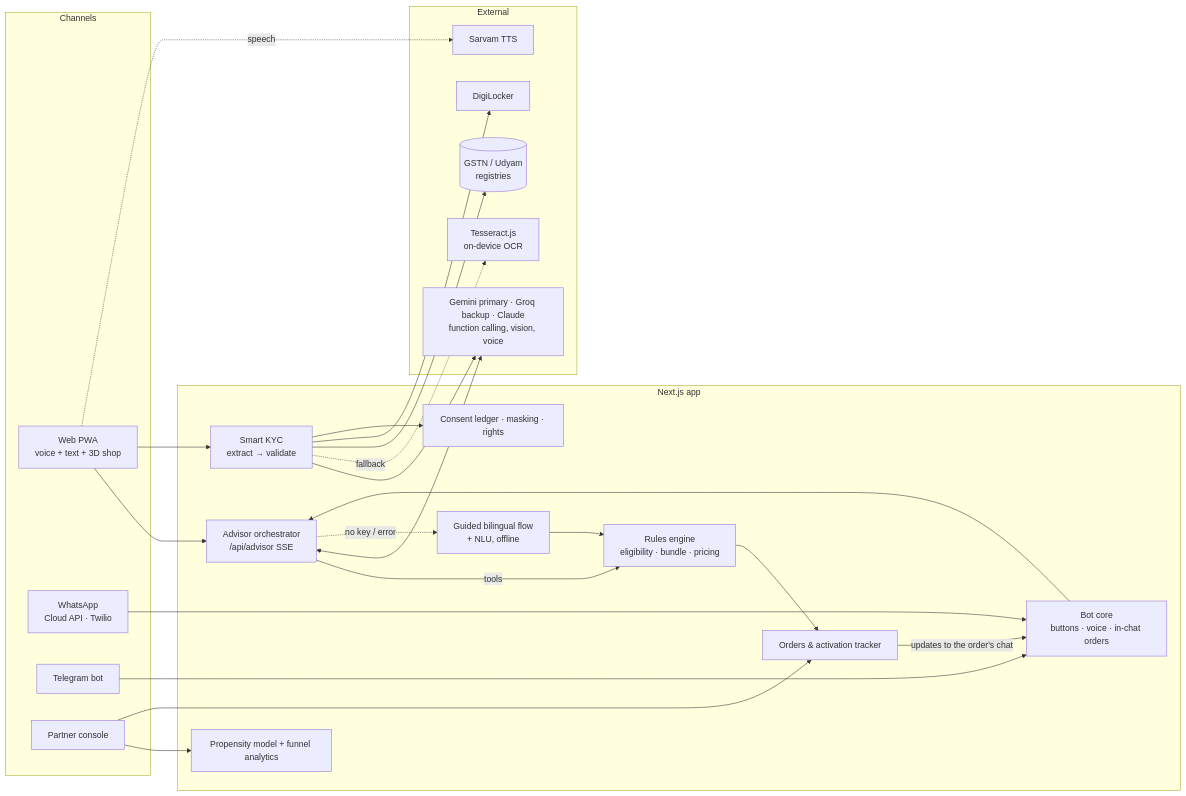
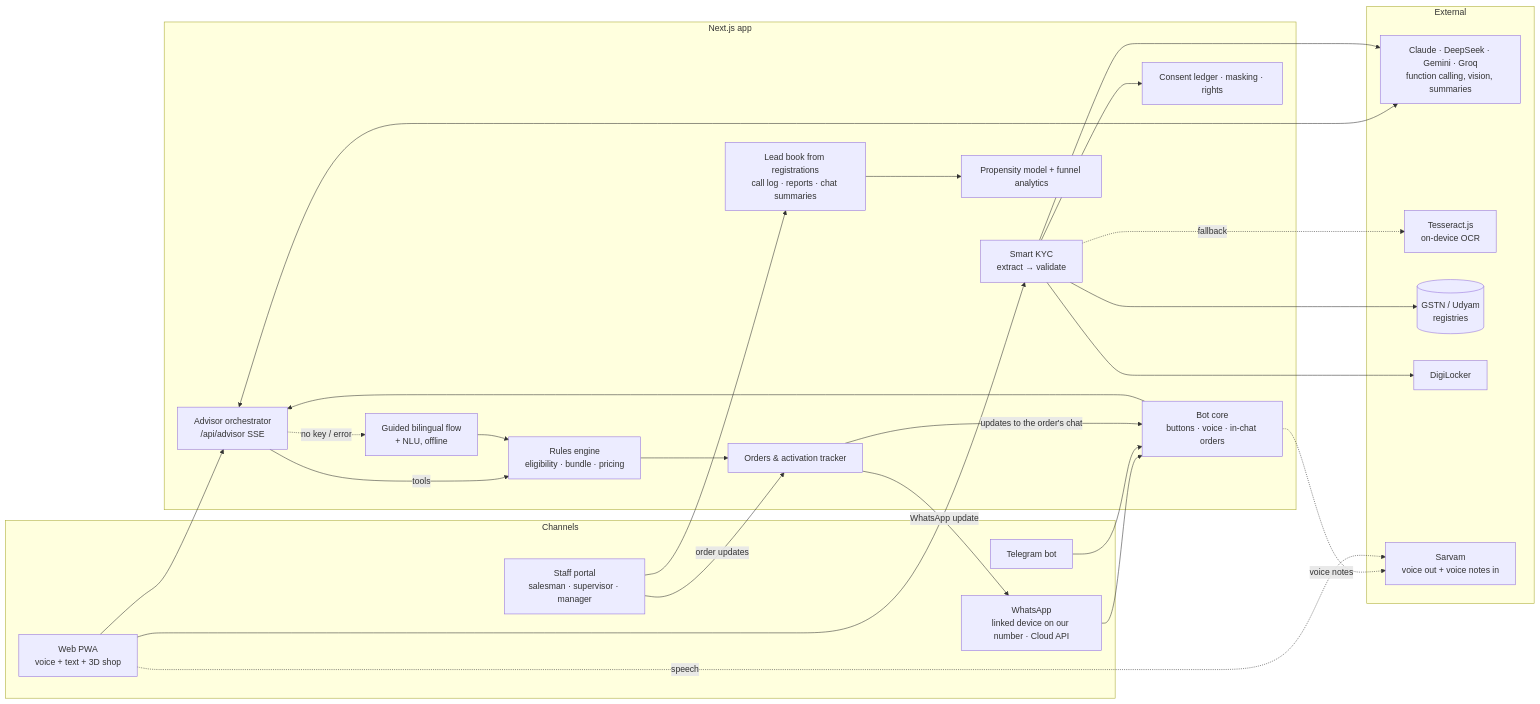
The first of 2 diagrams in docs/architecture.md (perrysolid/AIRTEL-SYNC), drawn with Mermaid before and after one commit. The commit also changed other lines of this file and 19 other files, not shown here.

````diff
--- a/docs/architecture.md
+++ b/docs/architecture.md
@@ -3,47 +3,51 @@
 ```mermaid
 flowchart LR
   subgraph Channels
     W[Web PWA<br/>voice + text + 3D shop]
-    WA[WhatsApp<br/>Cloud API · Twilio]
+    WA[WhatsApp<br/>linked device on our number · Cloud API]
     TG[Telegram bot]
-    P[Partner console]
+    P[Staff portal<br/>salesman · supervisor · manager]
   end
 
   subgraph Next.js app
     ADV[Advisor orchestrator<br/>/api/advisor SSE]
     BOT[Bot core<br/>buttons · voice · in-chat orders]
     G[Guided bilingual flow<br/>+ NLU, offline]
     RULES[Rules engine<br/>eligibility · bundle · pricing]
     KYC[Smart KYC<br/>extract → validate]
     ORD[Orders & activation tracker]
     PRIV[Consent ledger · masking · rights]
     AN[Propensity model + funnel analytics]
+    CRM[Lead book from registrations<br/>call log · reports · chat summaries]
   end
 
   subgraph External
-    C[Gemini primary · Groq backup · Claude<br/>function calling, vision, voice]
+    C[Claude · DeepSeek · Gemini · Groq<br/>function calling, vision, summaries]
     T[Tesseract.js<br/>on-device OCR]
     REG[(GSTN / Udyam<br/>registries)]
     DL[DigiLocker]
-    S[Sarvam TTS]
+    S[Sarvam<br/>voice out + voice notes in]
   end
 
   W --> ADV
   WA --> BOT
   TG --> BOT
   BOT --> ADV
   ADV -- tools --> RULES
   ADV <--> C
   ADV -. no key / error .-> G --> RULES
   W --> KYC
   KYC --> C
   KYC -. fallback .-> T
   KYC --> REG
   KYC --> DL
   KYC --> PRIV
   RULES --> ORD
   ORD -- updates to the order's chat --> BOT
-  P --> AN
-  P --> ORD
+  P --> CRM
+  CRM --> AN
+  P -- order updates --> ORD
+  ORD -- WhatsApp update --> WA
+  BOT -. voice notes .-> S
   W -. speech .-> S
 ```
````
